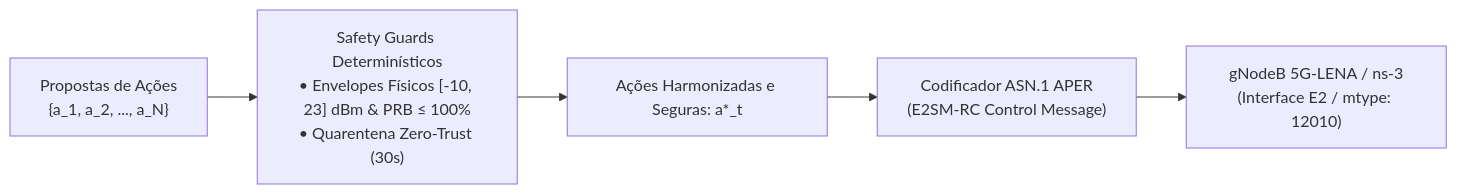
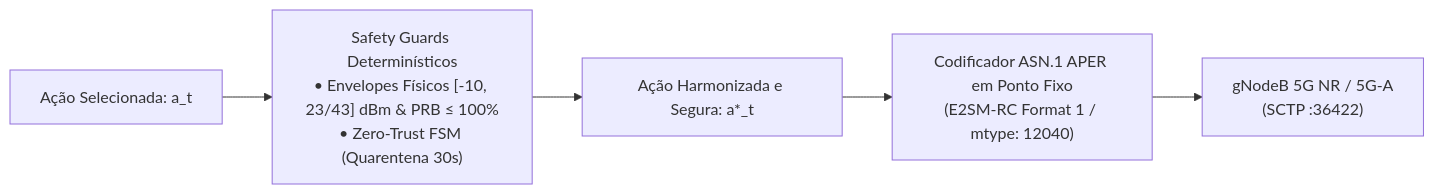
Before and after one commit to georgebarbosa3090/XApp-RDL-F2: the third of 4 diagrams in docs/01_arquitetura_e_modelagem_matematica.md, drawn with Mermaid. The commit also changed other lines of this file and 45 other files, not shown here.

Commit message:
feat(docs,core,deploy): reorganize 17-volume docs sequence, purge mocks, fix container runtime lifecycle and rmr routing

````diff
--- a/docs/01_arquitetura_e_modelagem_matematica.md
+++ b/docs/01_arquitetura_e_modelagem_matematica.md
@@ -34,7 +35,7 @@
 ```mermaid
 flowchart LR
-    ACT_OUT["Propostas de Ações<br/>{a_1, a_2, ..., a_N}"] --> SG["Safety Guards Determinísticos<br/>• Envelopes Físicos [-10, 23] dBm & PRB ≤ 100%<br/>• Quarentena Zero-Trust (30s)"]
-    SG --> HARMONIZED["Ações Harmonizadas e Seguras: a*_t"]
-    HARMONIZED --> E2_ENC["Codificador ASN.1 APER<br/>(E2SM-RC Control Message)"]
-    E2_ENC --> E2_OUT["gNodeB 5G-LENA / ns-3<br/>(Interface E2 / mtype: 12010)"]
+    ACT_OUT["Ação Selecionada: a_t"] --> SG["Safety Guards Determinísticos<br/>• Envelopes Físicos [-10, 23/43] dBm & PRB ≤ 100%<br/>• Zero-Trust FSM (Quarentena 30s)"]
+    SG --> HARMONIZED["Ação Harmonizada e Segura: a*_t"]
+    HARMONIZED --> E2_ENC["Codificador ASN.1 APER em Ponto Fixo<br/>(E2SM-RC Format 1 / mtype: 12040)"]
+    E2_ENC --> E2_OUT["gNodeB 5G NR / 5G-A<br/>(SCTP :36422)"]
 ```
````
